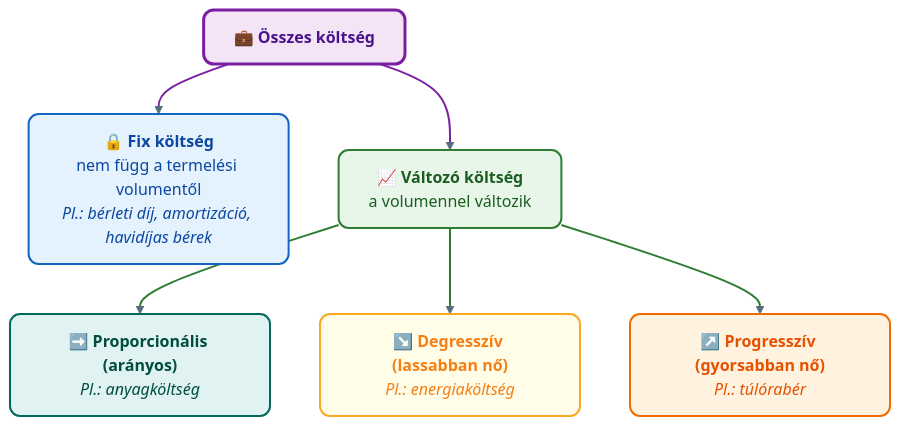
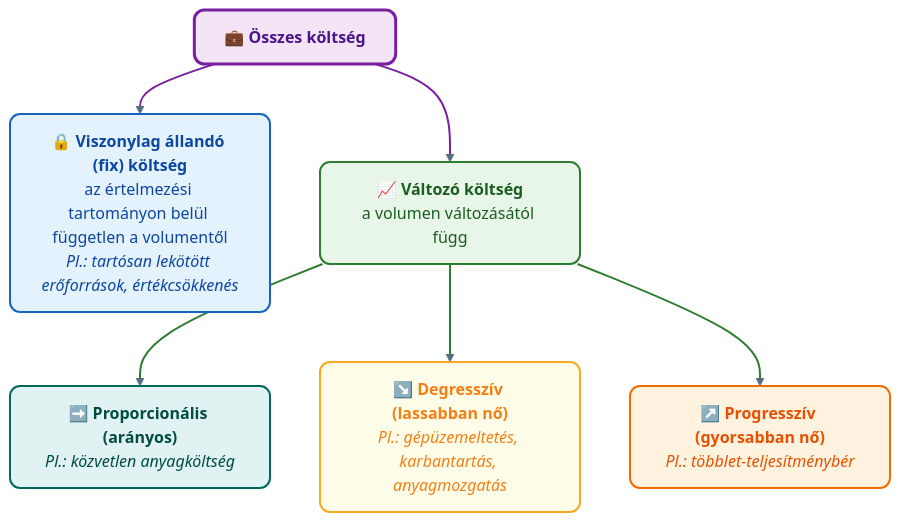
The first of 2 diagrams in Tételek/K16-GIXVS2MBLF-Költségszámítás a controllingban.tétel.md (denespocsik/MM_BSC_Zarovizsga), drawn with Mermaid before and after one commit. The commit also changed other lines of this file, not shown here.

````diff
--- a/Tételek/K16-GIXVS2MBLF-Költségszámítás a controllingban.tétel.md
+++ b/Tételek/K16-GIXVS2MBLF-Költségszámítás a controllingban.tétel.md
@@ -22,26 +42,26 @@
 ```mermaid
 flowchart TD
     K["💼 <b>Összes költség</b>"]:::lilaH
-    F["🔒 <b>Fix költség</b><br/>nem függ a termelési volumentől<br/><i>Pl.: bérleti díj, amortizáció, havidíjas bérek</i>"]:::kek
-    V["📈 <b>Változó költség</b><br/>a volumennel változik"]:::zold
-    P["➡️ <b>Proporcionális (arányos)</b><br/><i>Pl.: anyagköltség</i>"]:::turkiz
-    D["↘️ <b>Degresszív (lassabban nő)</b><br/><i>Pl.: energiaköltség</i>"]:::sarga
-    G["↗️ <b>Progresszív (gyorsabban nő)</b><br/><i>Pl.: túlórabér</i>"]:::narancs
+    F["🔒 <b>Viszonylag állandó (fix) költség</b><br/>az értelmezési tartományon belül független a volumentől<br/><i>Pl.: tartósan lekötött erőforrások, értékcsökkenés</i>"]:::kek
+    V["📈 <b>Változó költség</b><br/>a volumen változásától függ"]:::zold
+    P["➡️ <b>Proporcionális (arányos)</b><br/><i>Pl.: közvetlen anyagköltség</i>"]:::turkiz
+    D["↘️ <b>Degresszív (lassabban nő)</b><br/><i>Pl.: gépüzemeltetés, karbantartás, anyagmozgatás</i>"]:::sarga
+    G["↗️ <b>Progresszív (gyorsabban nő)</b><br/><i>Pl.: többlet-teljesítménybér</i>"]:::narancs
 
     K --> F
     K --> V
     V --> P
     V --> D
     V --> G
 
     classDef kek     fill:#e3f2fd,stroke:#1565c0,stroke-width:2px,color:#0d47a1,rx:10,ry:10;
     classDef zold    fill:#e8f5e9,stroke:#2e7d32,stroke-width:2px,color:#1b5e20,rx:10,ry:10;
     classDef narancs fill:#fff3e0,stroke:#ef6c00,stroke-width:2px,color:#e65100,rx:10,ry:10;
     classDef lilaH   fill:#f3e5f5,stroke:#7b1fa2,stroke-width:3px,color:#4a148c,rx:10,ry:10;
     classDef turkiz  fill:#e0f2f1,stroke:#00695c,stroke-width:2px,color:#004d40,rx:10,ry:10;
     classDef sarga   fill:#fffde7,stroke:#f9a825,stroke-width:2px,color:#f57f17,rx:10,ry:10;
 
     linkStyle default stroke:#546e7a,stroke-width:2px;
     linkStyle 0,1 stroke:#7b1fa2,stroke-width:2px;
     linkStyle 2,3,4 stroke:#2e7d32,stroke-width:2px;
 ```
````
